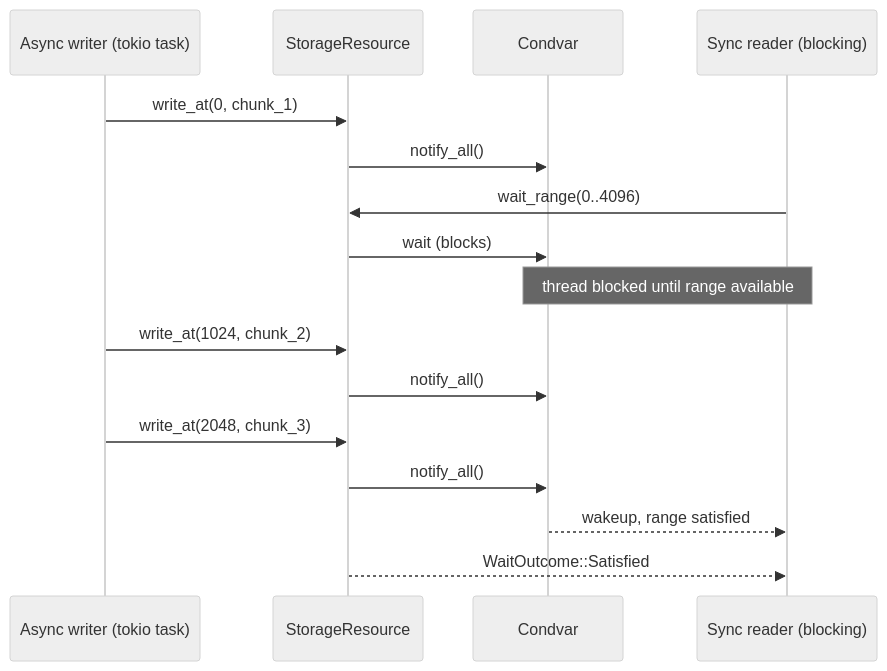
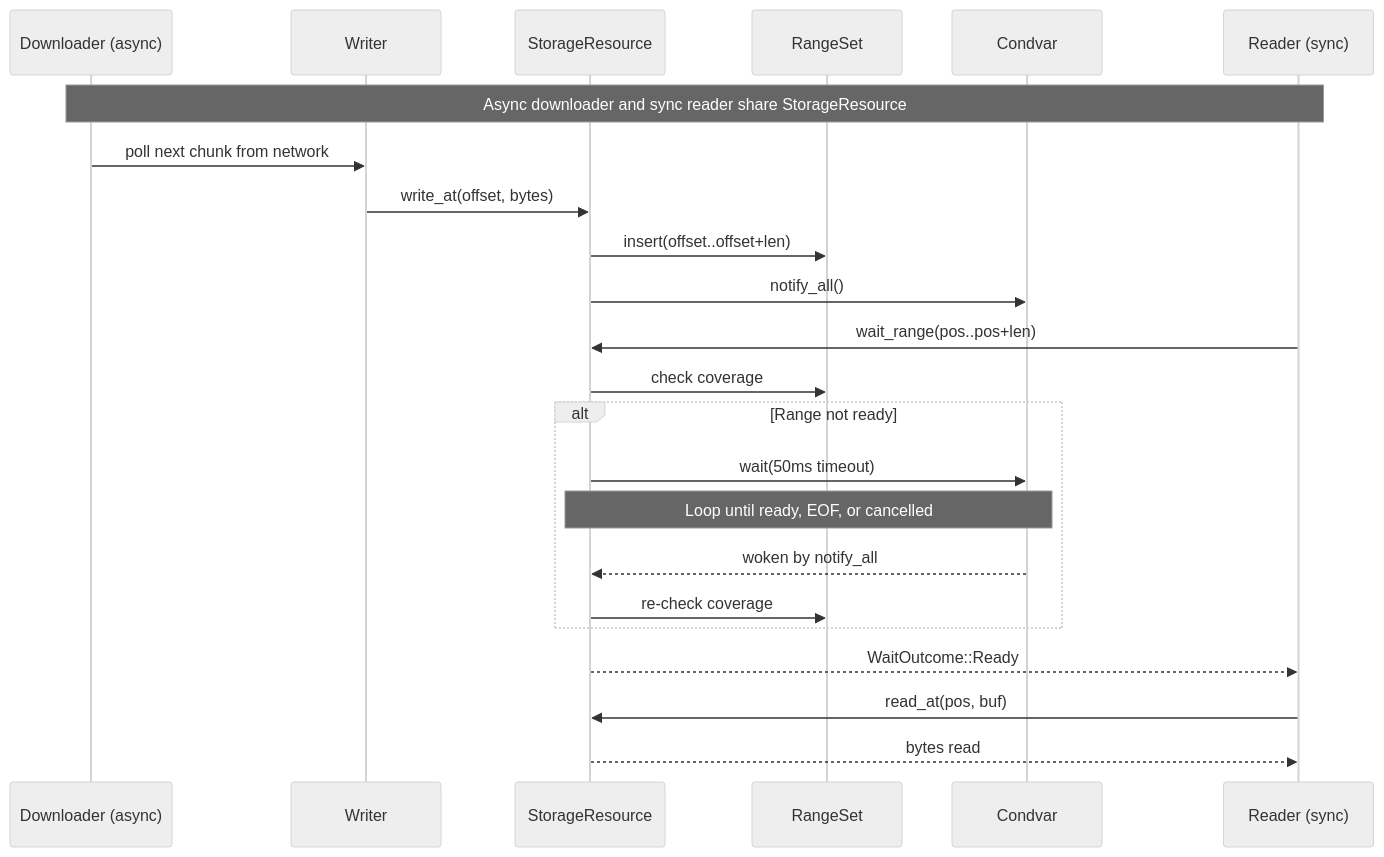
One commit to zvuk/kithara changed the diagram in crates/kithara-storage/README.md. Above: the diagram before and after it, drawn with Mermaid (neutral theme). The commit also changed other lines of this file and 130 other files, not shown here.

````diff
--- a/crates/kithara-storage/README.md
+++ b/crates/kithara-storage/README.md
@@ -27,22 +36,29 @@
 ```mermaid
 sequenceDiagram
-    participant Writer as Async writer (tokio task)
+    participant DL as Downloader (async)
+    participant W as Writer
     participant SR as StorageResource
+    participant RS as RangeSet
     participant CV as Condvar
-    participant Reader as Sync reader (blocking)
+    participant R as Reader (sync)
 
-    Writer->>SR: write_at(0, chunk_1)
+    Note over DL,R: Async downloader and sync reader share StorageResource
+
+    DL->>W: poll next chunk from network
+    W->>SR: write_at(offset, bytes)
+    SR->>RS: insert(offset..offset+len)
     SR->>CV: notify_all()
 
-    Reader->>SR: wait_range(0..4096)
-    SR->>CV: wait (blocks)
-    Note over CV,Reader: thread blocked until range available
+    R->>SR: wait_range(pos..pos+len)
+    SR->>RS: check coverage
+    alt Range not ready
+        SR->>CV: wait(50ms timeout)
+        Note over SR,CV: Loop until ready, EOF, or cancelled
+        CV-->>SR: woken by notify_all
+        SR->>RS: re-check coverage
+    end
+    SR-->>R: WaitOutcome::Ready
 
-    Writer->>SR: write_at(1024, chunk_2)
-    SR->>CV: notify_all()
-
-    Writer->>SR: write_at(2048, chunk_3)
-    SR->>CV: notify_all()
-    CV-->>Reader: wakeup, range satisfied
-    SR-->>Reader: WaitOutcome::Satisfied
+    R->>SR: read_at(pos, buf)
+    SR-->>R: bytes read
 ```
````
